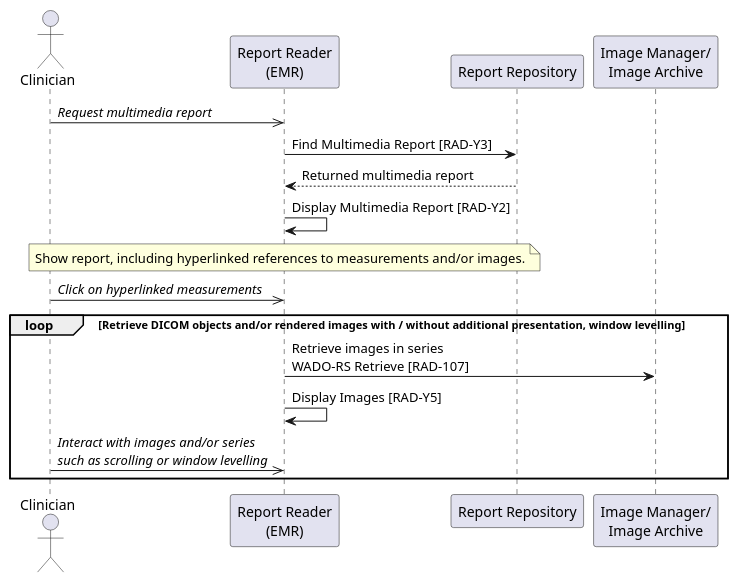
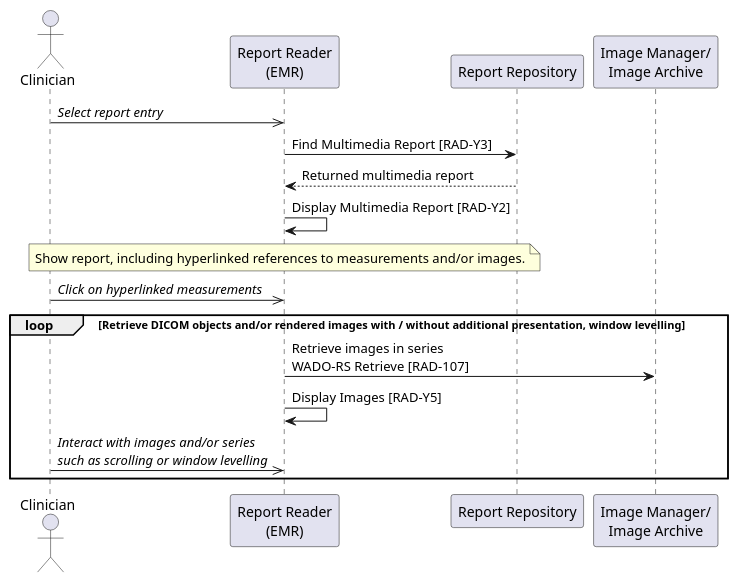
One commit to IHE/RAD.IMR changed the diagram in input/images-source/uc2-presenting-interactive-report-standalone.plantuml. Above: the diagram before and after it, drawn with PlantUML. The commit also changed 4 other files, not shown here.

Commit message:
Updated diagrams based on public comments.

```diff
--- a/input/images-source/uc2-presenting-interactive-report-standalone.plantuml
+++ b/input/images-source/uc2-presenting-interactive-report-standalone.plantuml
@@ -1,28 +1,28 @@
 @startuml
 
 actor Clinician as Clinician
 
 participant "Report Reader\n(EMR)" as Reader
 participant "Report Repository" as Repo
 
 participant "Image Manager/\nImage Archive" as Archive
 
-Clinician->>Reader: //Request multimedia report//
+Clinician->>Reader: //Select report entry//
 
 Reader->Repo: Find Multimedia Report [RAD-Y3]
 Repo-->Reader: Returned multimedia report
 Reader->Reader: Display Multimedia Report [RAD-Y2]
 note over Reader
 Show report, including hyperlinked references to measurements and/or images.
 end note
 
 Clinician->>Reader: //Click on hyperlinked measurements//
 
 loop Retrieve DICOM objects and/or rendered images with / without additional presentation, window levelling
 Reader->Archive: Retrieve images in series\nWADO-RS Retrieve [RAD-107]
 Reader->Reader: Display Images [RAD-Y5]
 
 Clinician->>Reader: //Interact with images and/or series//\n//such as scrolling or window levelling//
 end loop
 
 @enduml
```
